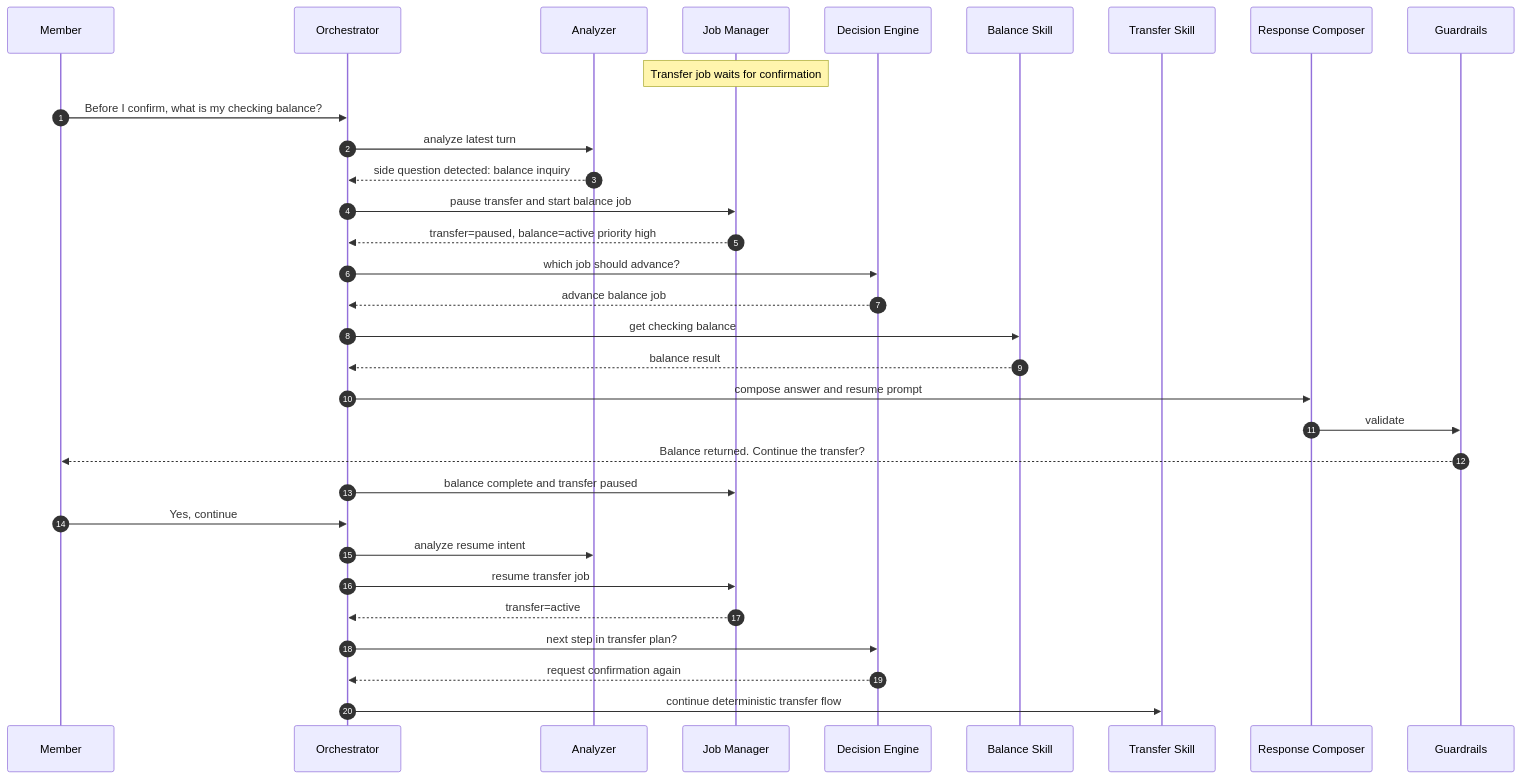
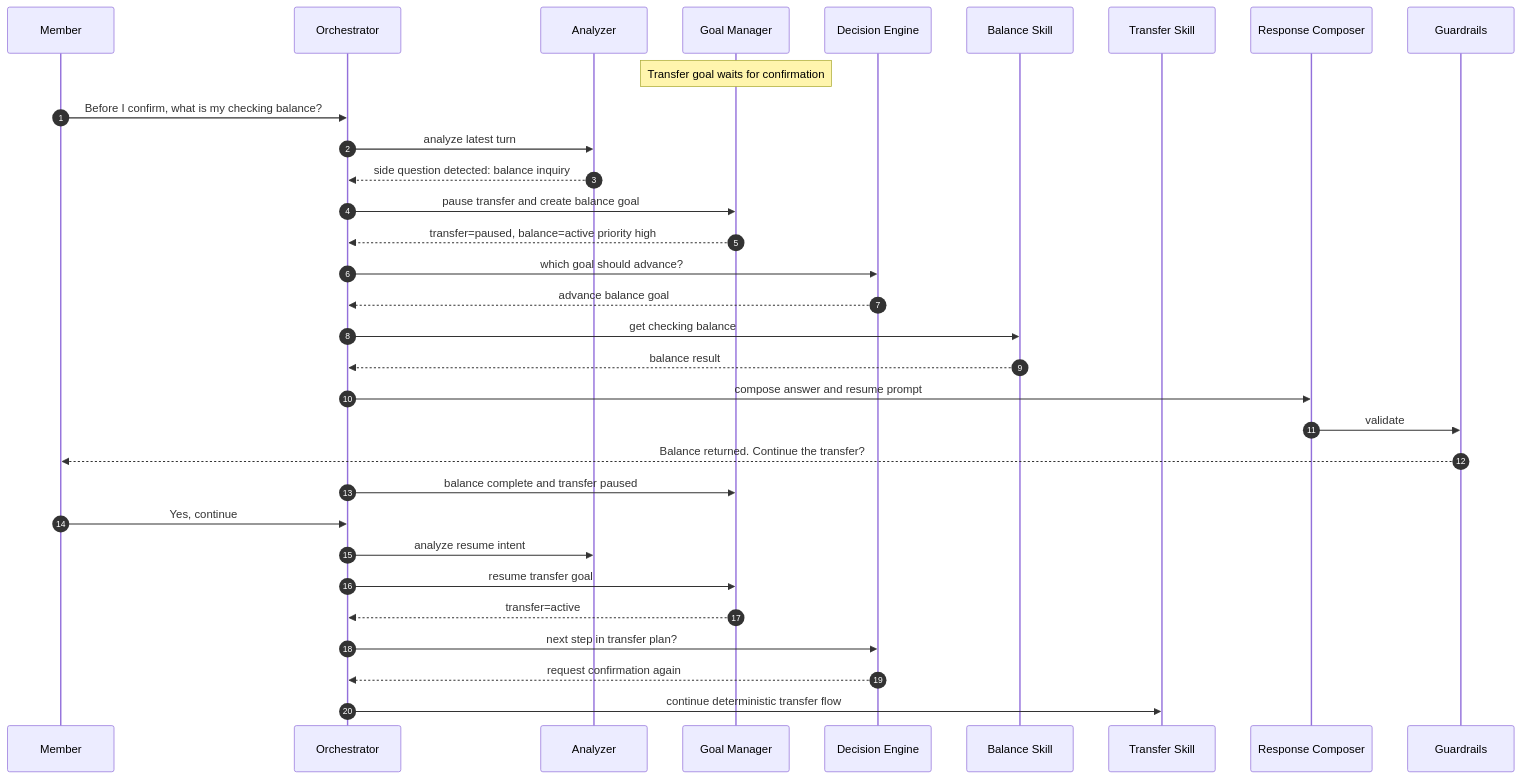
Before and after one commit to bhochhi/nexus: the ninth of 14 diagrams in docs/Agentic_Chat_Architecture_Deck.md, drawn with Mermaid. The commit also changed other lines of this file, not shown here.

Commit message:
refactor: update terminology from jobs to goals in architecture deck

````diff
--- a/docs/Agentic_Chat_Architecture_Deck.md
+++ b/docs/Agentic_Chat_Architecture_Deck.md
@@ -323,36 +327,36 @@
 ```mermaid
 sequenceDiagram
     autonumber
     participant M as Member
     participant O as Orchestrator
     participant CA as Analyzer
-    participant JM as Job Manager
+    participant GM as Goal Manager
     participant DE as Decision Engine
     participant BAL as Balance Skill
     participant TR as Transfer Skill
     participant RC as Response Composer
     participant GR as Guardrails
 
-    Note over JM: Transfer job waits for confirmation
+    Note over GM: Transfer goal waits for confirmation
     M->>O: Before I confirm, what is my checking balance?
     O->>CA: analyze latest turn
     CA-->>O: side question detected: balance inquiry
-    O->>JM: pause transfer and start balance job
-    JM-->>O: transfer=paused, balance=active priority high
-    O->>DE: which job should advance?
-    DE-->>O: advance balance job
+    O->>GM: pause transfer and create balance goal
+    GM-->>O: transfer=paused, balance=active priority high
+    O->>DE: which goal should advance?
+    DE-->>O: advance balance goal
     O->>BAL: get checking balance
     BAL-->>O: balance result
     O->>RC: compose answer and resume prompt
     RC->>GR: validate
     GR-->>M: Balance returned. Continue the transfer?
-    O->>JM: balance complete and transfer paused
+    O->>GM: balance complete and transfer paused
 
     M->>O: Yes, continue
     O->>CA: analyze resume intent
-    O->>JM: resume transfer job
-    JM-->>O: transfer=active
+    O->>GM: resume transfer goal
+    GM-->>O: transfer=active
     O->>DE: next step in transfer plan?
     DE-->>O: request confirmation again
     O->>TR: continue deterministic transfer flow
 ```
````
